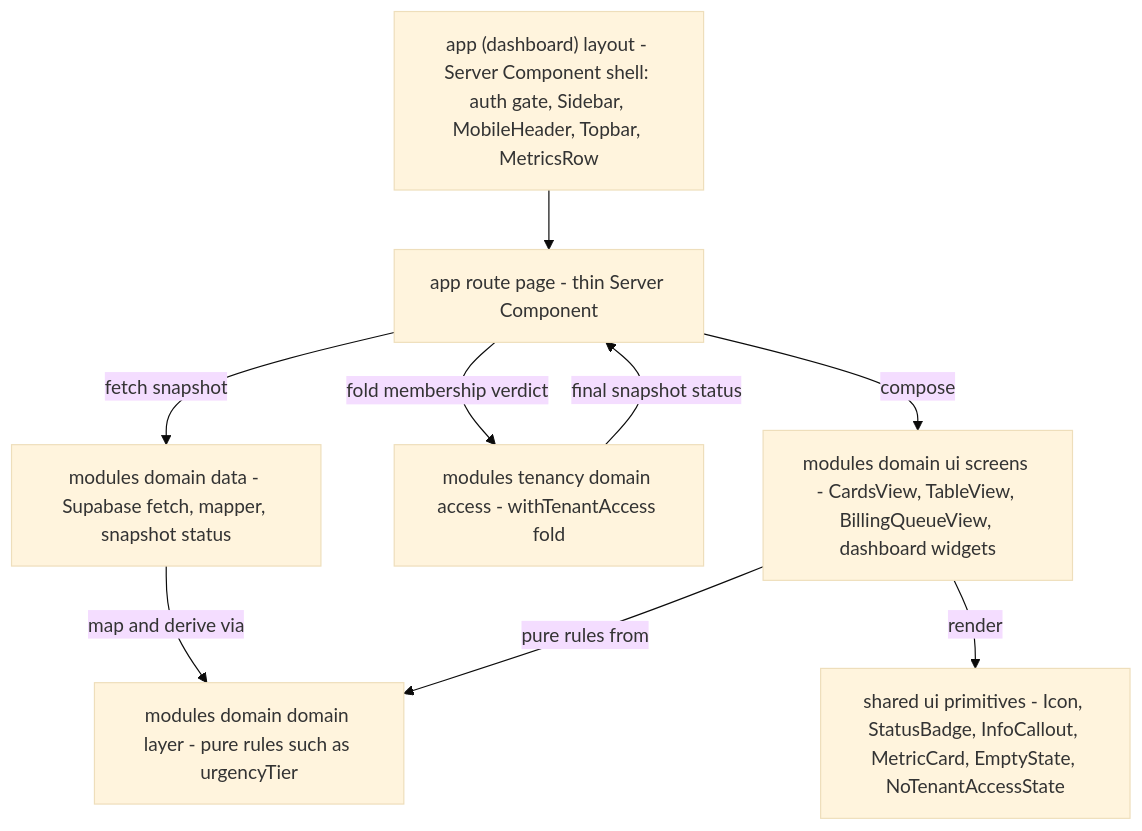
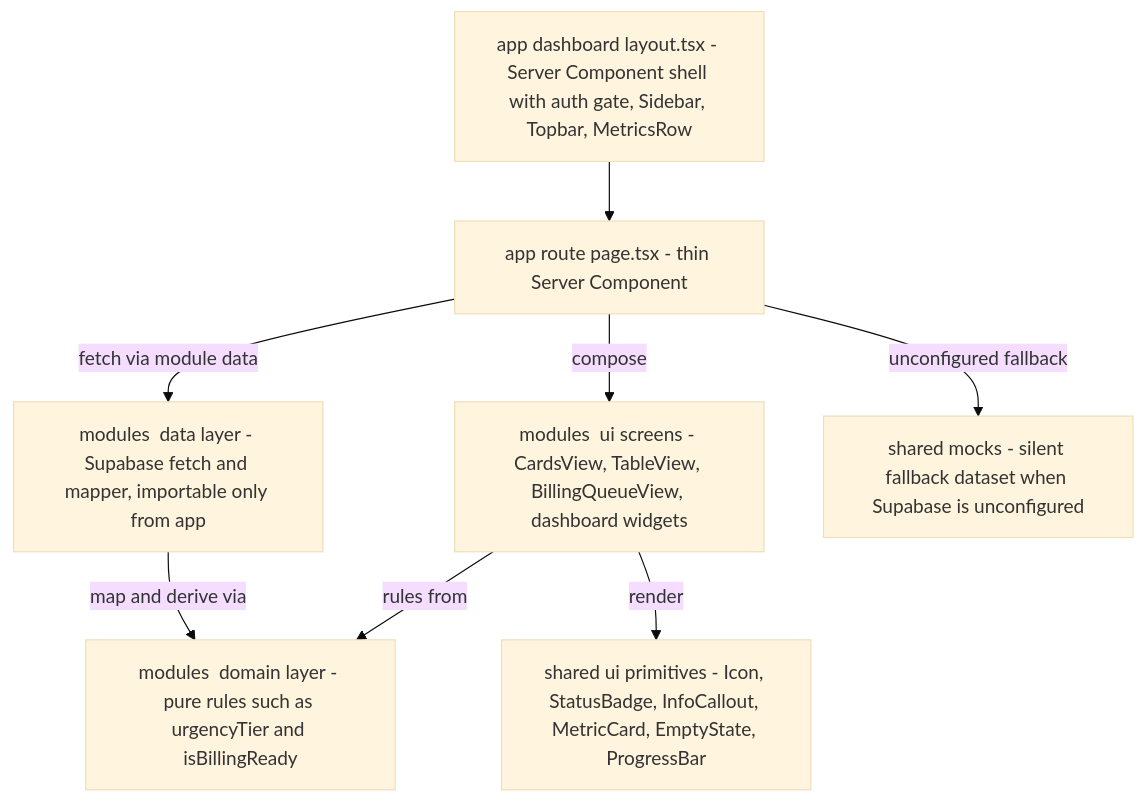
Before and after one commit to shuakyle21/tesda-compliance-manager: the first of 2 diagrams in openwiki/architecture/design-system.md, drawn with Mermaid (base theme). The commit also changed other lines of this file and 2 other files, not shown here.

First line of the commit message:
docs(openwiki): update design-system style architecture claim

````diff
--- a/openwiki/architecture/design-system.md
+++ b/openwiki/architecture/design-system.md
@@ -189,19 +81,18 @@
 ```mermaid
 flowchart TD
-    layout["app (dashboard) layout - Server Component shell: auth gate, Sidebar, MobileHeader, Topbar, MetricsRow"]
-    route["app route page - thin Server Component"]
-    data["modules domain data - Supabase fetch, mapper, snapshot status"]
-    access["modules tenancy domain access - withTenantAccess fold"]
-    domain["modules domain domain layer - pure rules such as urgencyTier"]
-    screen["modules domain ui screens - CardsView, TableView, BillingQueueView, dashboard widgets"]
-    prim["shared ui primitives - Icon, StatusBadge, InfoCallout, MetricCard, EmptyState, NoTenantAccessState"]
+    layout["app dashboard layout.tsx - Server Component shell with auth gate, Sidebar, Topbar, MetricsRow"]
+    route["app route page.tsx - thin Server Component"]
+    data["modules <domain> data layer - Supabase fetch and mapper, importable only from app"]
+    domain["modules <domain> domain layer - pure rules such as urgencyTier and isBillingReady"]
+    screen["modules <domain> ui screens - CardsView, TableView, BillingQueueView, dashboard widgets"]
+    prim["shared ui primitives - Icon, StatusBadge, InfoCallout, MetricCard, EmptyState, ProgressBar"]
+    mocks["shared mocks - silent fallback dataset when Supabase is unconfigured"]
 
     layout --> route
-    route -->|"fetch snapshot"| data
+    route -->|"fetch via module data"| data
+    route -->|"compose"| screen
+    route -->|"unconfigured fallback"| mocks
     data -->|"map and derive via"| domain
-    route -->|"fold membership verdict"| access
-    access -->|"final snapshot status"| route
-    route -->|"compose"| screen
     screen -->|"render"| prim
-    screen -->|"pure rules from"| domain
+    screen -->|"rules from"| domain
 ```
````
